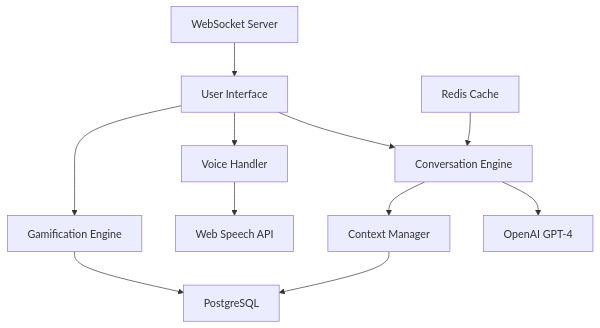
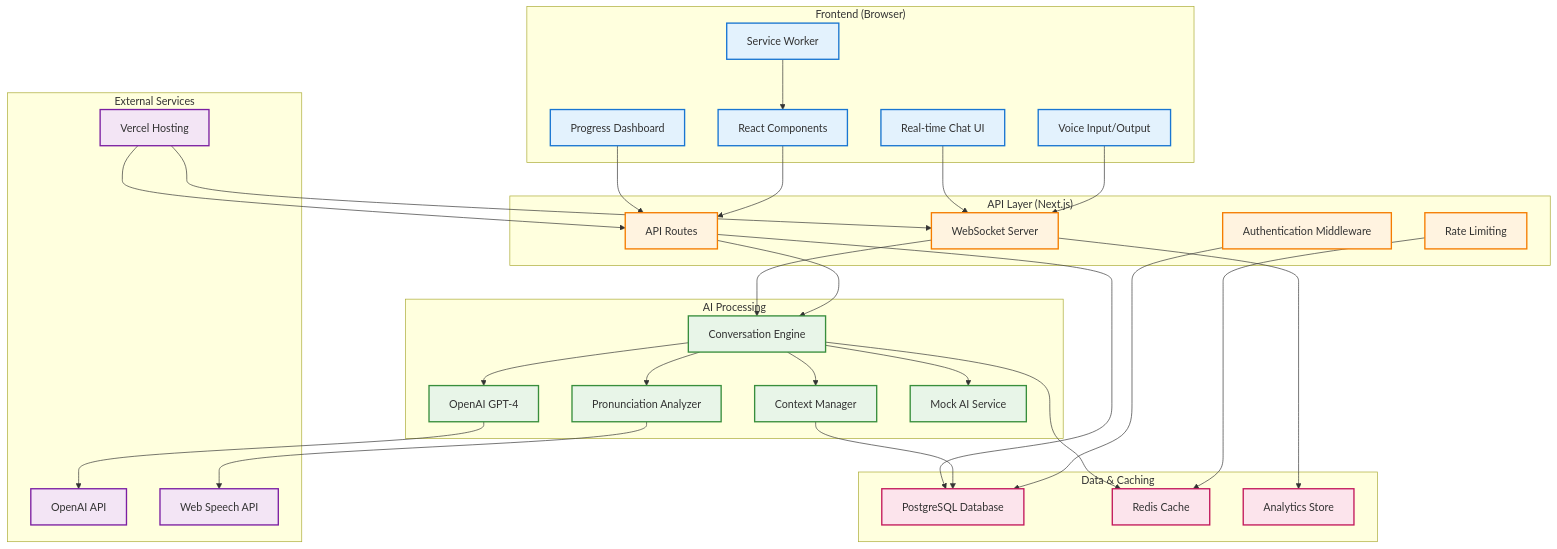
Before and after one commit to PriscillaOng12/LinguaAI: the first of 4 diagrams in docs/TECHNICAL_ARCHITECTURE.md, drawn with Mermaid. The commit also changed other lines of this file, not shown here.

````diff
--- a/docs/TECHNICAL_ARCHITECTURE.md
+++ b/docs/TECHNICAL_ARCHITECTURE.md
@@ -13,16 +15,75 @@
 ```mermaid
 graph TB
-    A[User Interface] --> B[Conversation Engine]
-    A --> C[Voice Handler]
-    A --> D[Gamification Engine]
+    subgraph "Frontend (Browser)"
+        A[React Components]
+        B[Voice Input/Output]
+        C[Real-time Chat UI]
+        D[Progress Dashboard]
+        E[Service Worker]
+    end
     
-    B --> E[OpenAI GPT-4]
-    B --> F[Context Manager]
-    C --> G[Web Speech API]
+    subgraph "API Layer (Next.js)"
+        F[API Routes]
+        G[WebSocket Server]
+        H[Authentication Middleware]
+        I[Rate Limiting]
+    end
     
-    F --> H[PostgreSQL]
-    D --> H
+    subgraph "AI Processing"
+        J[Conversation Engine]
+        K[OpenAI GPT-4]
+        L[Context Manager]
+        M[Pronunciation Analyzer]
+        N[Mock AI Service]
+    end
     
-    I[WebSocket Server] --> A
-    J[Redis Cache] --> B
+    subgraph "Data & Caching"
+        O[PostgreSQL Database]
+        P[Redis Cache]
+        Q[Analytics Store]
+    end
+    
+    subgraph "External Services"
+        R[Vercel Hosting]
+        S[OpenAI API]
+        T[Web Speech API]
+    end
+    
+    A --> F
+    B --> G
+    C --> G
+    D --> F
+    E --> A
+    
+    F --> J
+    G --> J
+    H --> O
+    I --> P
+    
+    J --> K
+    J --> L
+    J --> M
+    J --> N
+    L --> O
+    K --> S
+    M --> T
+    
+    J --> P
+    F --> O
+    G --> Q
+    
+    R --> F
+    R --> G
+    
+    classDef frontend fill:#e3f2fd,stroke:#1976d2,stroke-width:2px
+    classDef api fill:#fff3e0,stroke:#f57c00,stroke-width:2px
+    classDef ai fill:#e8f5e8,stroke:#388e3c,stroke-width:2px
+    classDef data fill:#fce4ec,stroke:#c2185b,stroke-width:2px
+    classDef external fill:#f3e5f5,stroke:#7b1fa2,stroke-width:2px
+    
+    class A,B,C,D,E frontend
+    class F,G,H,I api
+    class J,K,L,M,N ai
+    class O,P,Q data
+    class R,S,T external
 ```
````
